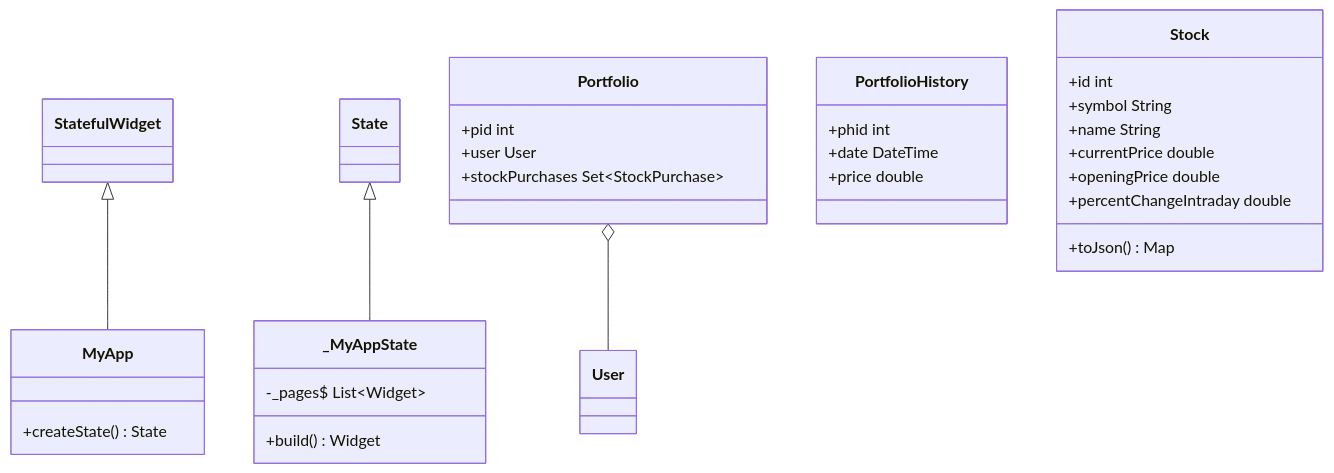
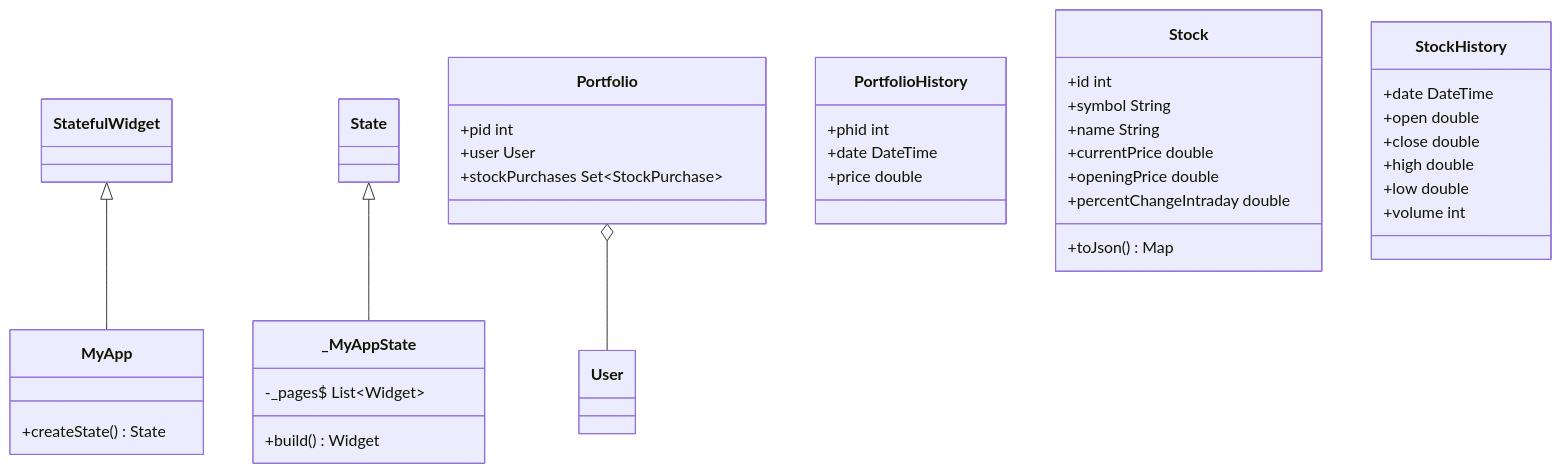
Before and after one commit to rednas-source/ExpensesApp: the diagram in README.md, drawn with Mermaid.

````diff
--- a/README.md
+++ b/README.md
@@ -21,32 +21,39 @@
 ```mermaid
 classDiagram
 class MyApp
 MyApp : +createState() State<MyApp>
 StatefulWidget <|-- MyApp
 
 class _MyAppState
 _MyAppState : -_pages$ List~Widget~
 _MyAppState : +build() Widget
 State <|-- _MyAppState
 
 class Portfolio
 Portfolio : +pid int
 Portfolio : +user User
 Portfolio o-- User
 Portfolio : +stockPurchases Set~StockPurchase~
 
 class PortfolioHistory
 PortfolioHistory : +phid int
 PortfolioHistory : +date DateTime
 PortfolioHistory : +price double
 
 class Stock
 Stock : +id int
 Stock : +symbol String
 Stock : +name String
 Stock : +currentPrice double
 Stock : +openingPrice double
 Stock : +percentChangeIntraday double
 Stock : +toJson() Map<String, dynamic>
 
+class StockHistory
+StockHistory : +date DateTime
+StockHistory : +open double
+StockHistory : +close double
+StockHistory : +high double
+StockHistory : +low double
+StockHistory : +volume int
 ```
````
